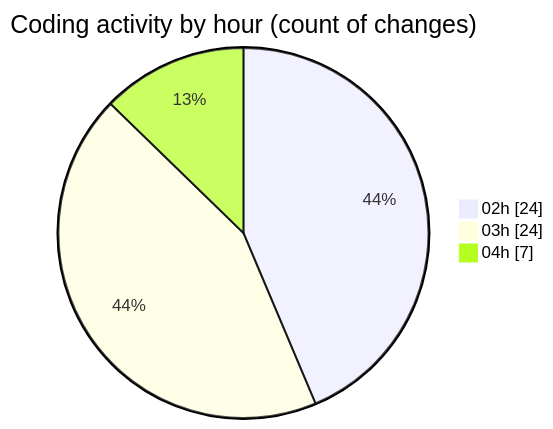
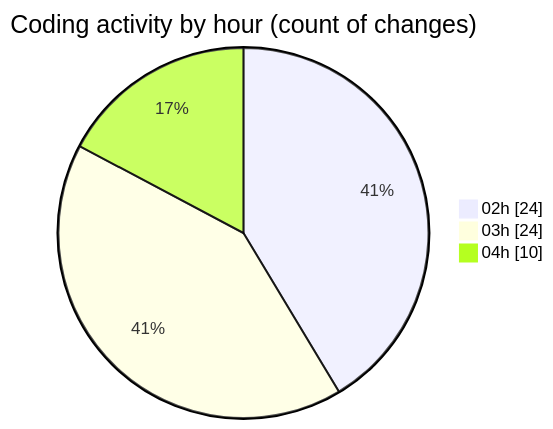
Before and after one commit to lephambinh05/code-tracking: the second of 2 diagrams in 2025-07-23/quanlyrapchieuphim/README.md, drawn with Mermaid. The commit also changed other lines of this file and 1 other file, not shown here.

````diff
--- a/2025-07-23/quanlyrapchieuphim/README.md
+++ b/2025-07-23/quanlyrapchieuphim/README.md
@@ -38,7 +38,7 @@
 ```mermaid
 pie showData
 title Coding activity by hour (count of changes)
 "02h" : 24
 "03h" : 24
-"04h" : 7
+"04h" : 10
 ```
````
